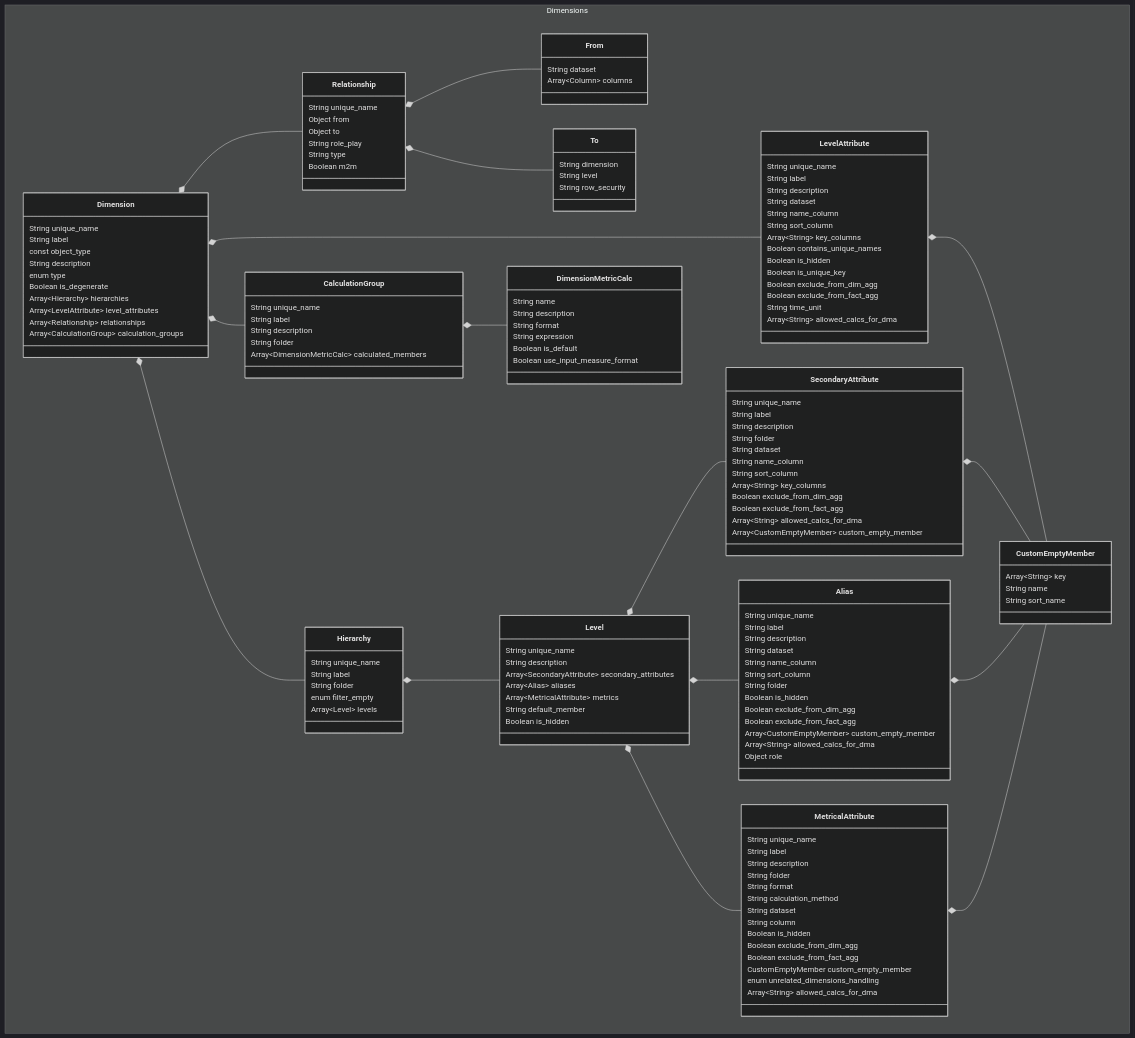
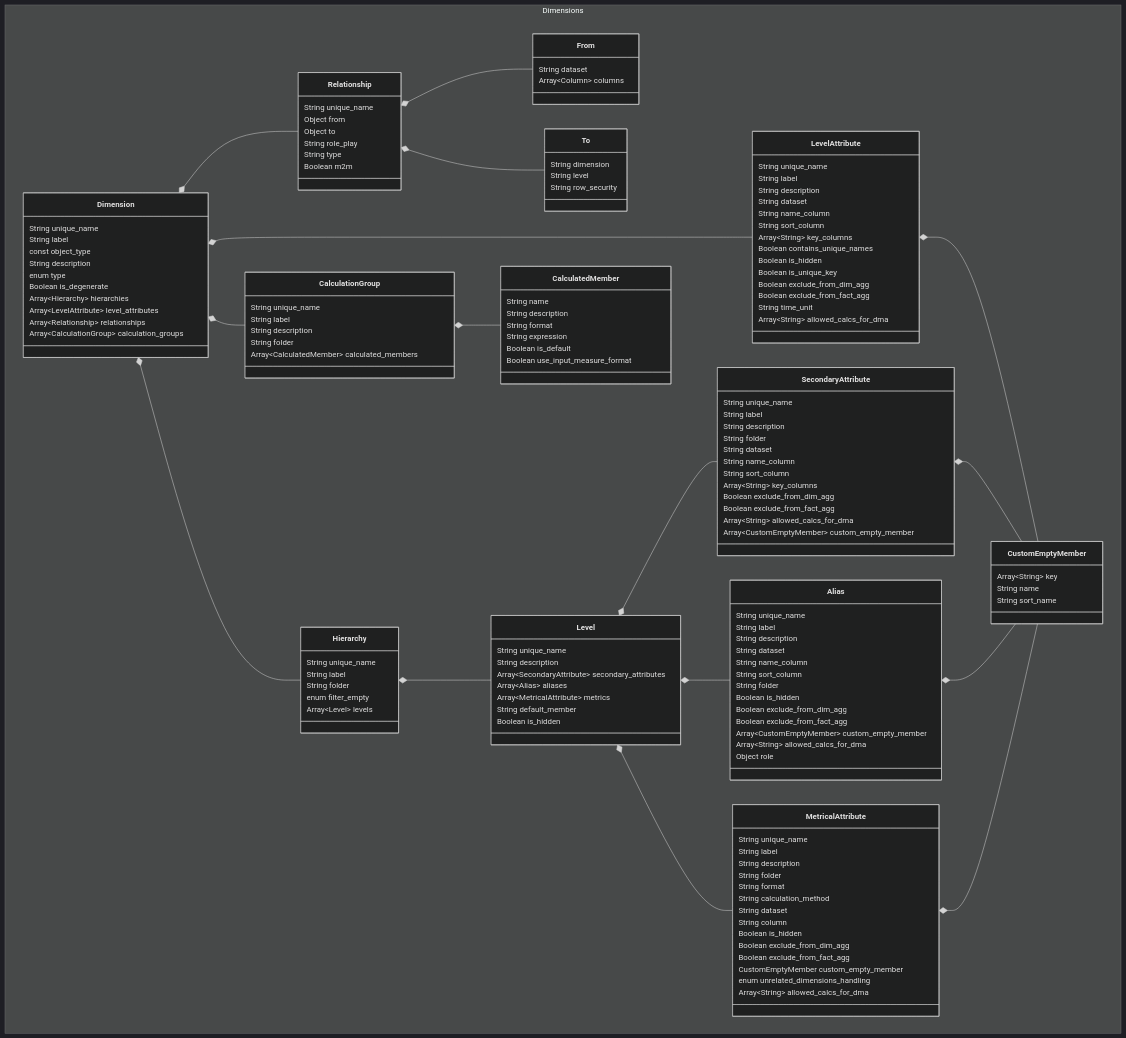
One commit to AlchemyTechLabsInc/SML changed the diagram in sml-reference/dimensions.md. Above: the diagram before and after it, drawn with Mermaid (dark theme). The commit also changed other lines of this file and 1 other file, not shown here.

Commit message:
added caching option for UDAs and updated dimension calculated members

```diff
--- a/sml-reference/dimensions.md
+++ b/sml-reference/dimensions.md
@@ -159,7 +159,7 @@
     Level *-- SecondaryAttribute
     Level *-- MetricalAttribute
     Level *-- Alias
-    CalculationGroup *-- DimensionMetricCalc
+    CalculationGroup *-- CalculatedMember
     SecondaryAttribute *-- CustomEmptyMember
     Alias *-- CustomEmptyMember
     MetricalAttribute *-- CustomEmptyMember    
@@ -280,9 +280,9 @@
       String label
       String description
       String folder
-      Array~DimensionMetricCalc~ calculated_members
+      Array~CalculatedMember~ calculated_members
     }
-    class DimensionMetricCalc{
+    class CalculatedMember{
       String name
       String description
       String format
```
